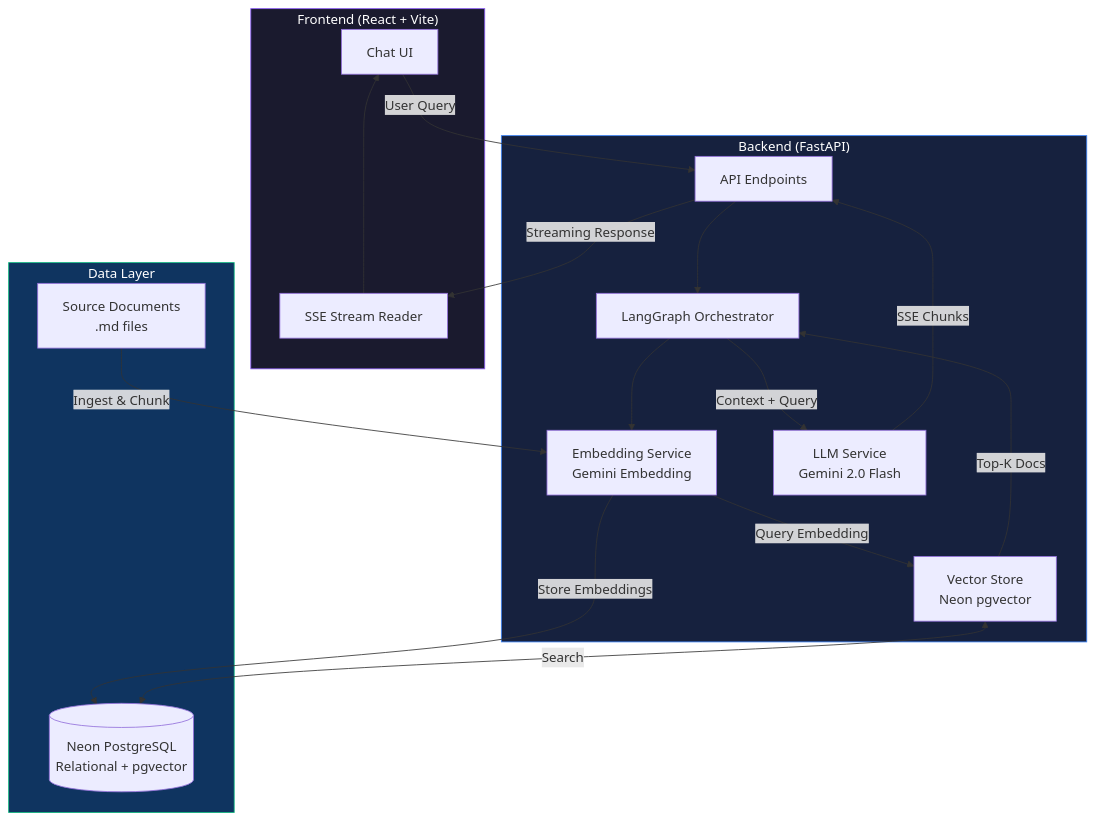
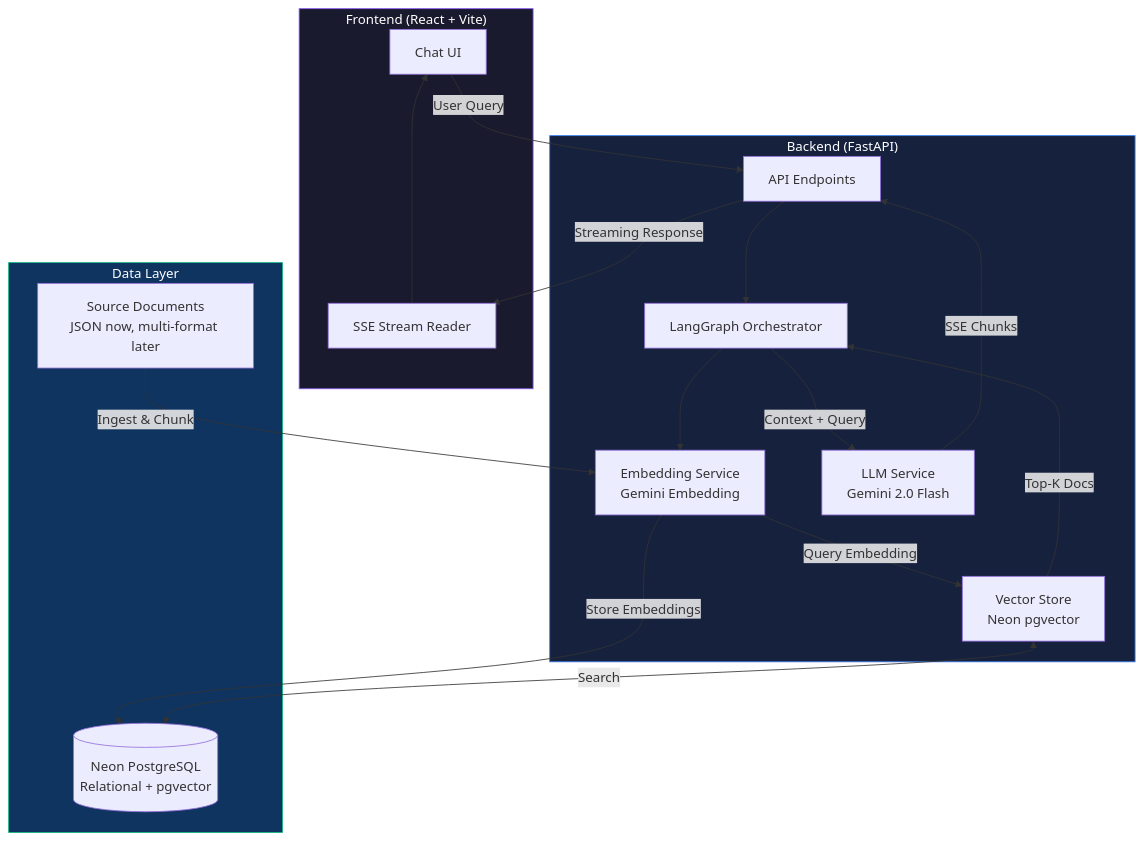
Before and after one commit to yongjiexue88/coding-exercise: the first of 2 diagrams in README.md, drawn with Mermaid. The commit also changed other lines of this file and 20 other files, not shown here.

````diff
--- a/README.md
+++ b/README.md
@@ -9,36 +9,36 @@
 ```mermaid
 flowchart TB
     subgraph Frontend["Frontend (React + Vite)"]
         UI["Chat UI"]
         SSE["SSE Stream Reader"]
     end
 
     subgraph Backend["Backend (FastAPI)"]
         API["API Endpoints"]
         EMB["Embedding Service<br/>Gemini Embedding"]
         VS["Vector Store<br/>Neon pgvector"]
         LLM["LLM Service<br/>Gemini 2.0 Flash"]
         RAG["LangGraph Orchestrator"]
     end
 
     subgraph Data["Data Layer"]
-        DOCS["Source Documents<br/>.md files"]
+        DOCS["Source Documents<br/>JSON now, multi-format later"]
         NEON[("Neon PostgreSQL<br/>Relational + pgvector")]
     end
 
     UI -->|"User Query"| API
     API --> RAG
     RAG --> EMB -->|"Query Embedding"| VS
     VS -->|"Top-K Docs"| RAG
     RAG -->|"Context + Query"| LLM
     LLM -->|"SSE Chunks"| API
     API -->|"Streaming Response"| SSE --> UI
 
     DOCS -->|"Ingest & Chunk"| EMB
     EMB -->|"Store Embeddings"| NEON
     VS <-->|"Search"| NEON
 
     style Frontend fill:#1a1a2e,stroke:#8b5cf6,color:#fff
     style Backend fill:#16213e,stroke:#3b82f6,color:#fff
     style Data fill:#0f3460,stroke:#10b981,color:#fff
 ```
````
